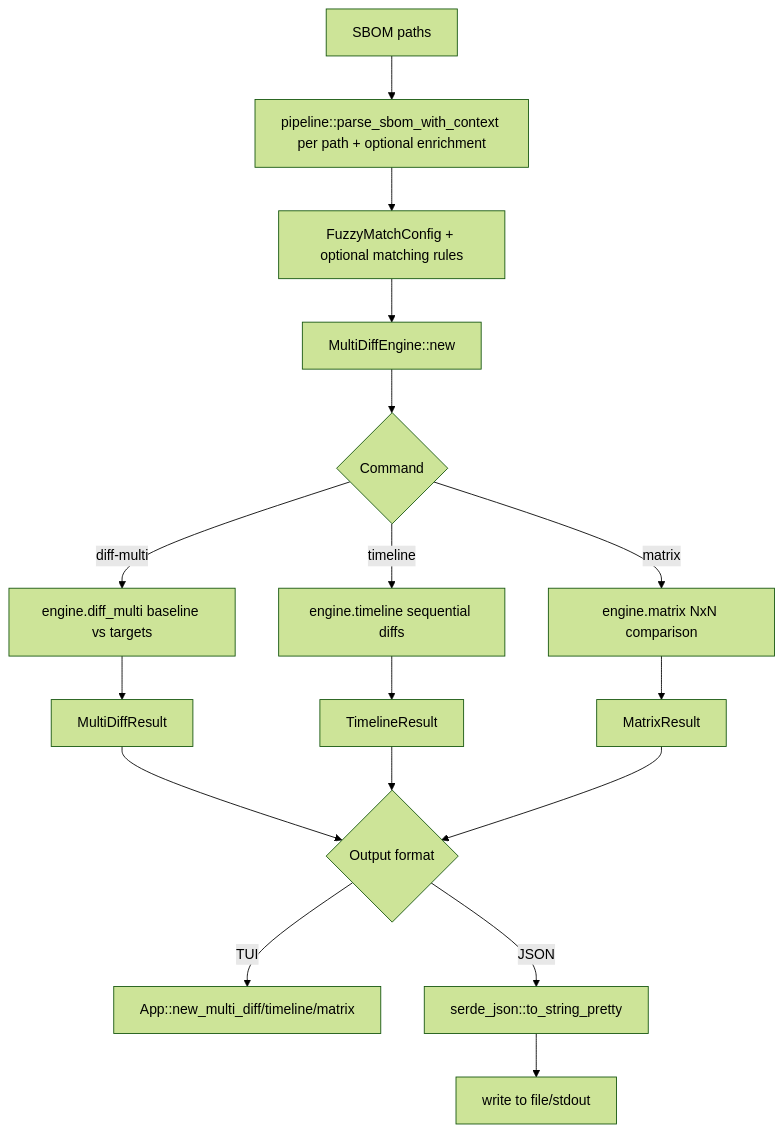
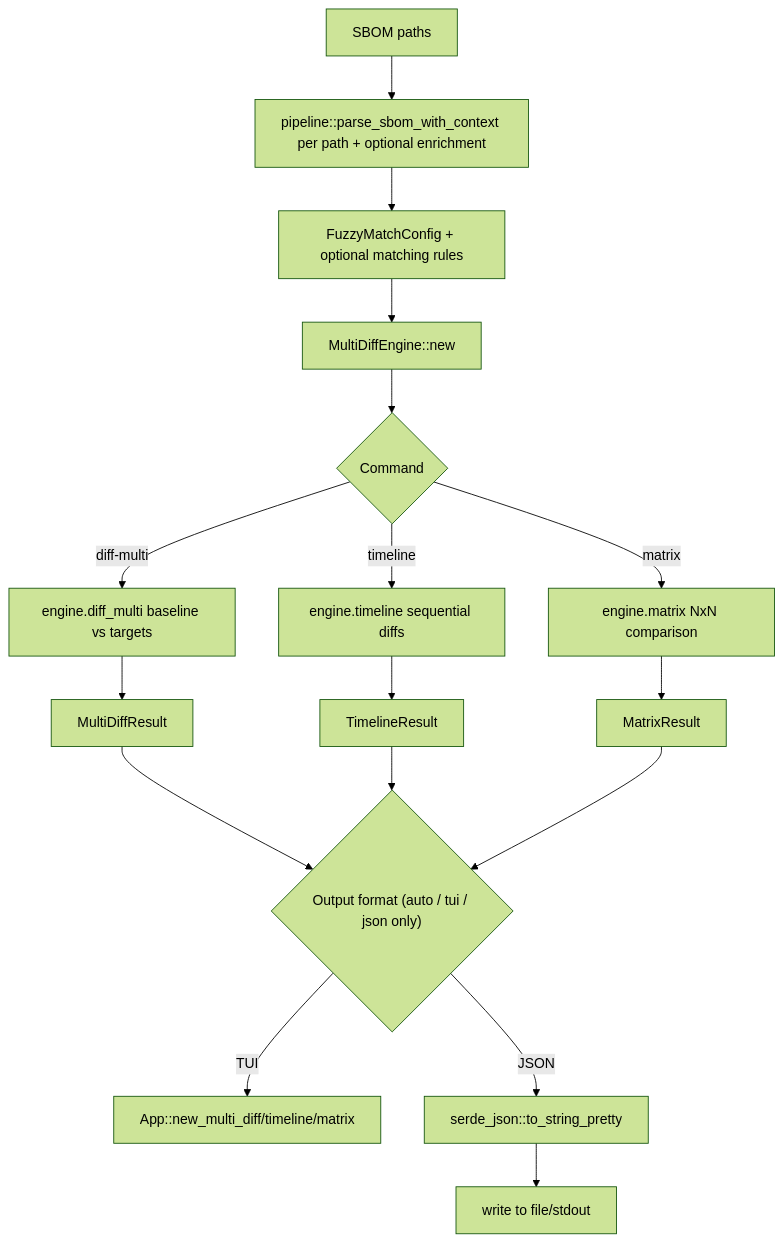
One commit to MChorfa/sbom-tools changed the sixth of 8 diagrams in docs/pipeline-diagrams.md. Above: the diagram before and after it, drawn with Mermaid (forest theme). The commit also changed other lines of this file and 11 other files, not shown here.

````diff
--- a/docs/pipeline-diagrams.md
+++ b/docs/pipeline-diagrams.md
@@ -93,22 +173,22 @@
 ```mermaid
 flowchart TD
     A[SBOM paths] --> B[pipeline::parse_sbom_with_context per path + optional enrichment]
     B --> C[FuzzyMatchConfig + optional matching rules]
     C --> D[MultiDiffEngine::new]
 
     D --> E{Command}
     E -->|diff-multi| F[engine.diff_multi baseline vs targets]
     E -->|timeline| G[engine.timeline sequential diffs]
     E -->|matrix| H[engine.matrix NxN comparison]
 
     F --> I[MultiDiffResult]
     G --> J[TimelineResult]
     H --> K[MatrixResult]
 
-    I --> L{Output format}
+    I --> L{"Output format (auto / tui / json only)"}
     J --> L
     K --> L
     L -->|TUI| M[App::new_multi_diff/timeline/matrix]
     L -->|JSON| N[serde_json::to_string_pretty]
     N --> O[write to file/stdout]
 ```
````
